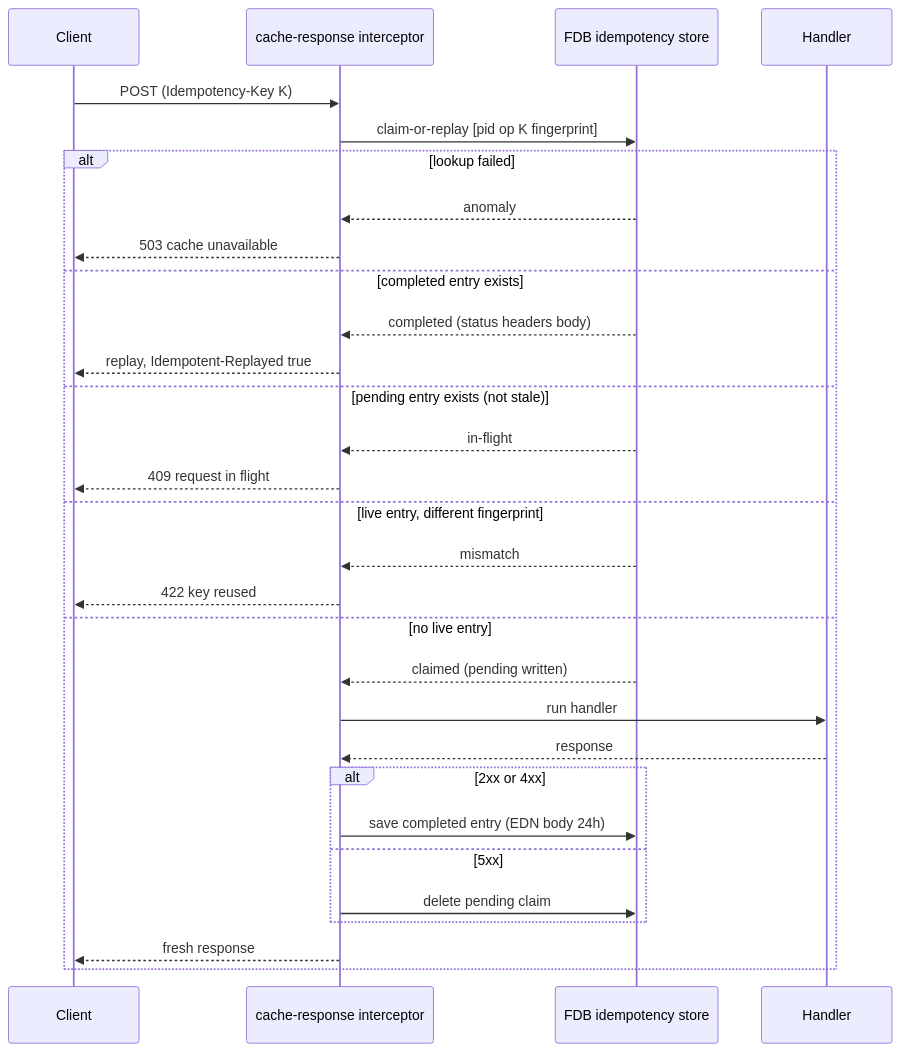
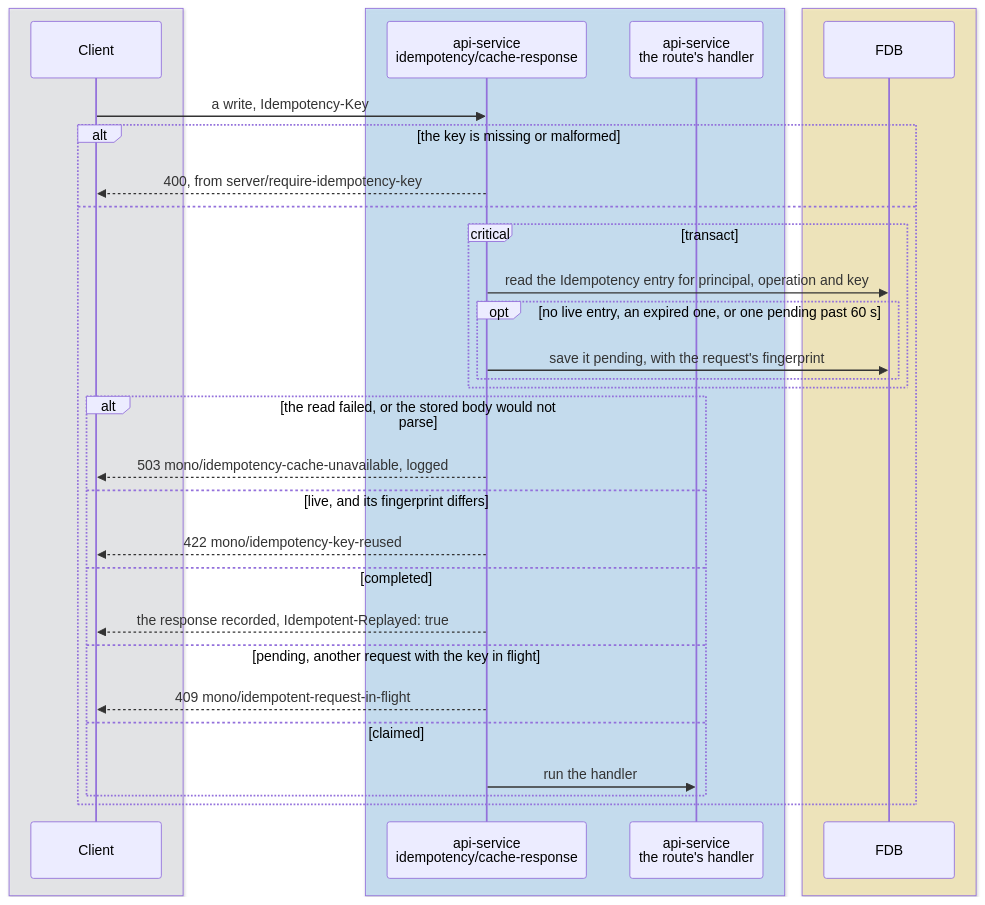
One commit to repldriven/queenswood changed the first of 2 diagrams in docs/tdd/idempotency.md. Above: the diagram before and after it, drawn with Mermaid. The commit also changed other lines of this file and 39 other files, not shown here.

First line of the commit message:
Configure a command's reply timeout, create a bank's client after its commit, and redraw the TDDs' sequence diagrams (#832)

````diff
--- a/docs/tdd/idempotency.md
+++ b/docs/tdd/idempotency.md
@@ -207,33 +179,35 @@
 ```mermaid
 sequenceDiagram
+    box rgba(233, 236, 239, 0.5)
     participant C as Client
-    participant I as cache-response interceptor
-    participant F as FDB idempotency store
-    participant H as Handler
-
-    C->>I: POST (Idempotency-Key K)
-    I->>F: claim-or-replay [pid op K fingerprint]
-    alt lookup failed
-        F-->>I: anomaly
-        I-->>C: 503 cache unavailable
-    else completed entry exists
-        F-->>I: completed (status headers body)
-        I-->>C: replay, Idempotent-Replayed true
-    else pending entry exists (not stale)
-        F-->>I: in-flight
-        I-->>C: 409 request in flight
-    else live entry, different fingerprint
-        F-->>I: mismatch
-        I-->>C: 422 key reused
-    else no live entry
-        F-->>I: claimed (pending written)
-        I->>H: run handler
-        H-->>I: response
-        alt 2xx or 4xx
-            I->>F: save completed entry (EDN body 24h)
-        else 5xx
-            I->>F: delete pending claim
-        end
-        I-->>C: fresh response
+    end
+    box rgba(165, 216, 255, 0.45)
+    participant API as api-service<br/>idempotency/cache-response
+    participant H as api-service<br/>the route's handler
+    end
+    box rgba(255, 236, 153, 0.5)
+    participant DB as FDB
+    end
+    C->>API: a write, Idempotency-Key
+    alt the key is missing or malformed
+    API-->>C: 400, from server/require-idempotency-key
+    else
+    critical transact
+    API->>DB: read the Idempotency entry for principal, operation and key
+    opt no live entry, an expired one, or one pending past 60 s
+    API->>DB: save it pending, with the request's fingerprint
+    end
+    end
+    alt the read failed, or the stored body would not parse
+    API-->>C: 503 mono/idempotency-cache-unavailable, logged
+    else live, and its fingerprint differs
+    API-->>C: 422 mono/idempotency-key-reused
+    else completed
+    API-->>C: the response recorded, Idempotent-Replayed: true
+    else pending, another request with the key in flight
+    API-->>C: 409 mono/idempotent-request-in-flight
+    else claimed
+    API->>H: run the handler
+    end
     end
 ```
````
